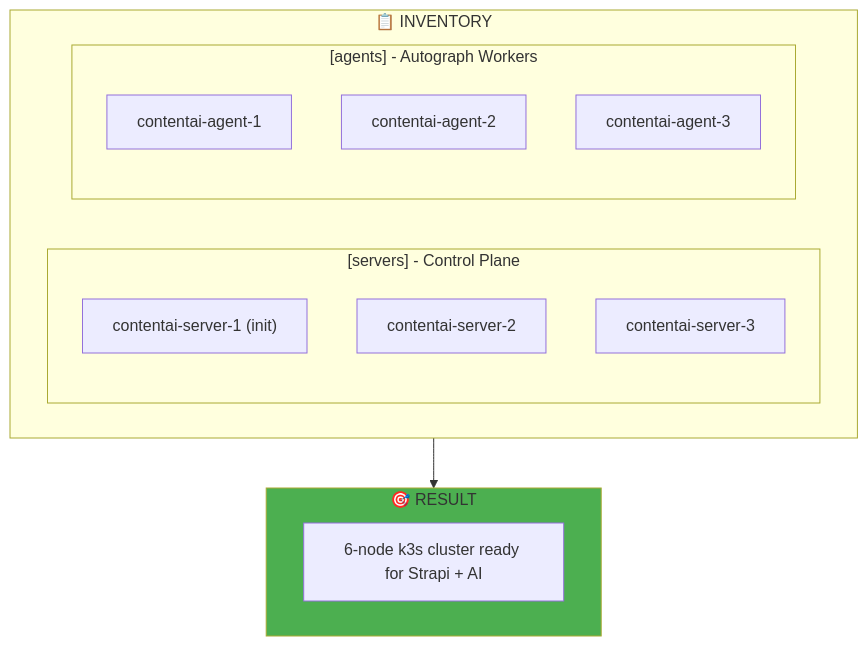
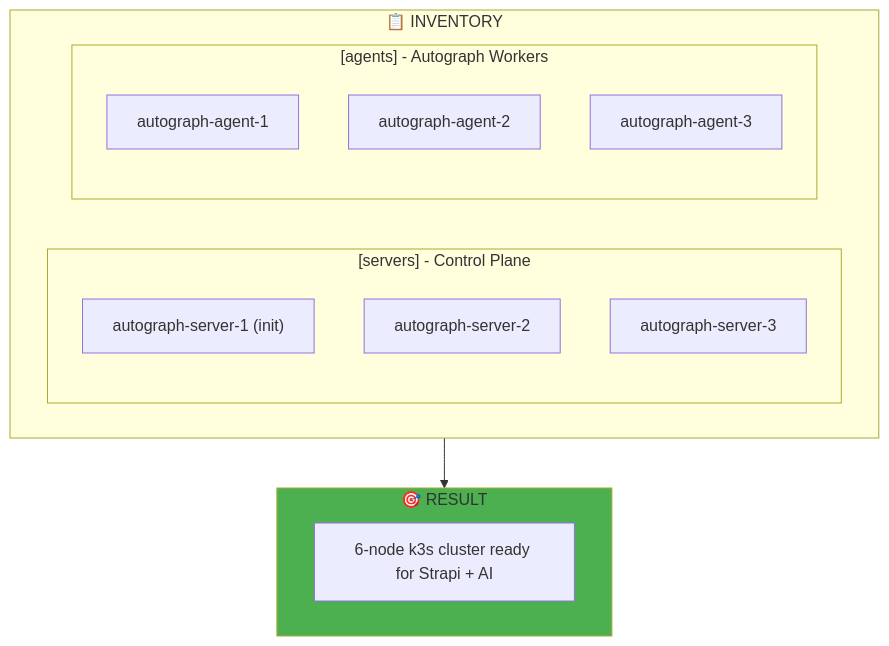
The second of 5 diagrams in DevOps/02-Engineering/03-Configuration-Management.md (PearlThoughtsInternship/Internship-Obsidian-Vault), drawn with Mermaid before and after one commit. The commit also changed other lines of this file and 7 other files, not shown here.

````diff
--- a/DevOps/02-Engineering/03-Configuration-Management.md
+++ b/DevOps/02-Engineering/03-Configuration-Management.md
@@ -69,24 +69,24 @@
 ```mermaid
 flowchart TB
     subgraph Inventory["📋 INVENTORY"]
         subgraph Servers["[servers] - Control Plane"]
-            S1["contentai-server-1 (init)"]
-            S2["contentai-server-2"]
-            S3["contentai-server-3"]
+            S1["autograph-server-1 (init)"]
+            S2["autograph-server-2"]
+            S3["autograph-server-3"]
         end
 
         subgraph Agents["[agents] - Autograph Workers"]
-            A1["contentai-agent-1"]
-            A2["contentai-agent-2"]
-            A3["contentai-agent-3"]
+            A1["autograph-agent-1"]
+            A2["autograph-agent-2"]
+            A3["autograph-agent-3"]
         end
     end
 
     subgraph Result["🎯 RESULT"]
         R["6-node k3s cluster ready for Strapi + AI"]
     end
 
     Inventory --> Result
 
     style Result fill:#4CAF50
 ```
````
